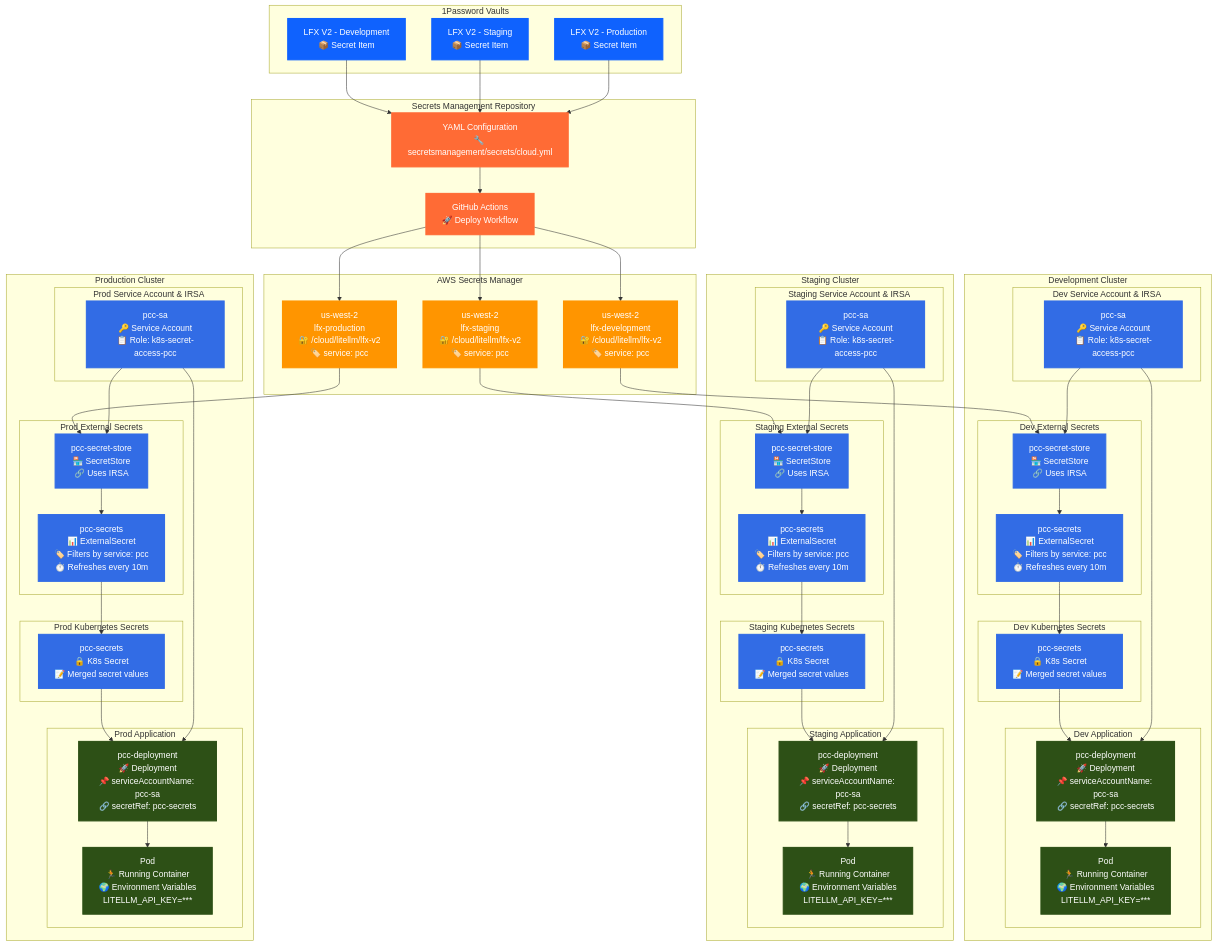
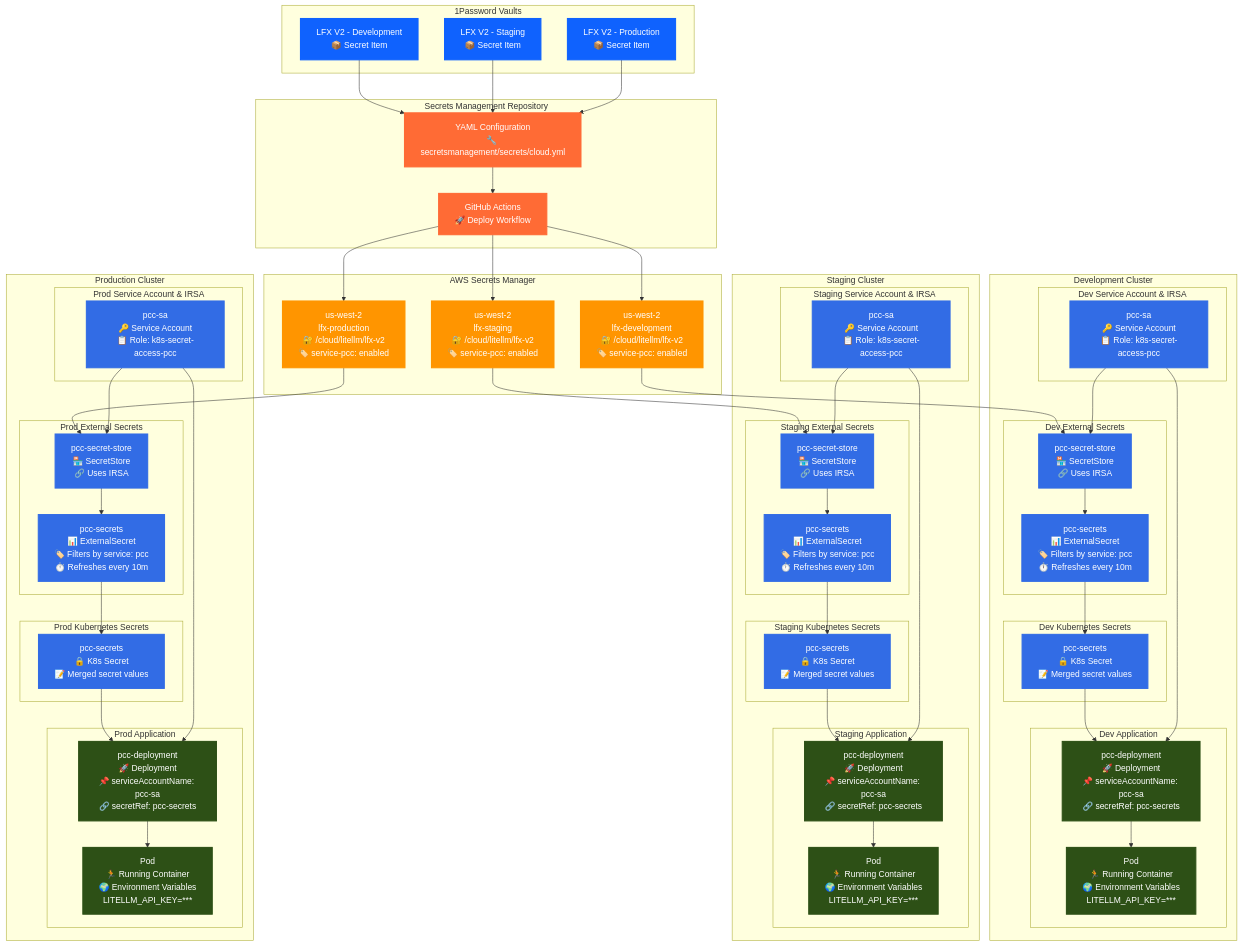
The diagram in lfx_one/secrets-management.md (linuxfoundation/lfx-engineering), drawn with Mermaid before and after one commit. The commit also changed other lines of this file, not shown here.

```diff
--- a/lfx_one/secrets-management.md
+++ b/lfx_one/secrets-management.md
@@ -88,9 +88,9 @@
     end
 
     subgraph "AWS Secrets Manager"
-        ASM1["us-west-2<br/>lfx-development<br/>🔐 /cloud/litellm/lfx-v2<br/>🏷️ service: pcc"]
-        ASM2["us-west-2<br/>lfx-staging<br/>🔐 /cloud/litellm/lfx-v2<br/>🏷️ service: pcc"]
-        ASM3["us-west-2<br/>lfx-production<br/>🔐 /cloud/litellm/lfx-v2<br/>🏷️ service: pcc"]
+        ASM1["us-west-2<br/>lfx-development<br/>🔐 /cloud/litellm/lfx-v2<br/>🏷️ service-pcc: enabled"]
+        ASM2["us-west-2<br/>lfx-staging<br/>🔐 /cloud/litellm/lfx-v2<br/>🏷️ service-pcc: enabled"]
+        ASM3["us-west-2<br/>lfx-production<br/>🔐 /cloud/litellm/lfx-v2<br/>🏷️ service-pcc: enabled"]
     end
 
     subgraph "Development Cluster"
```
